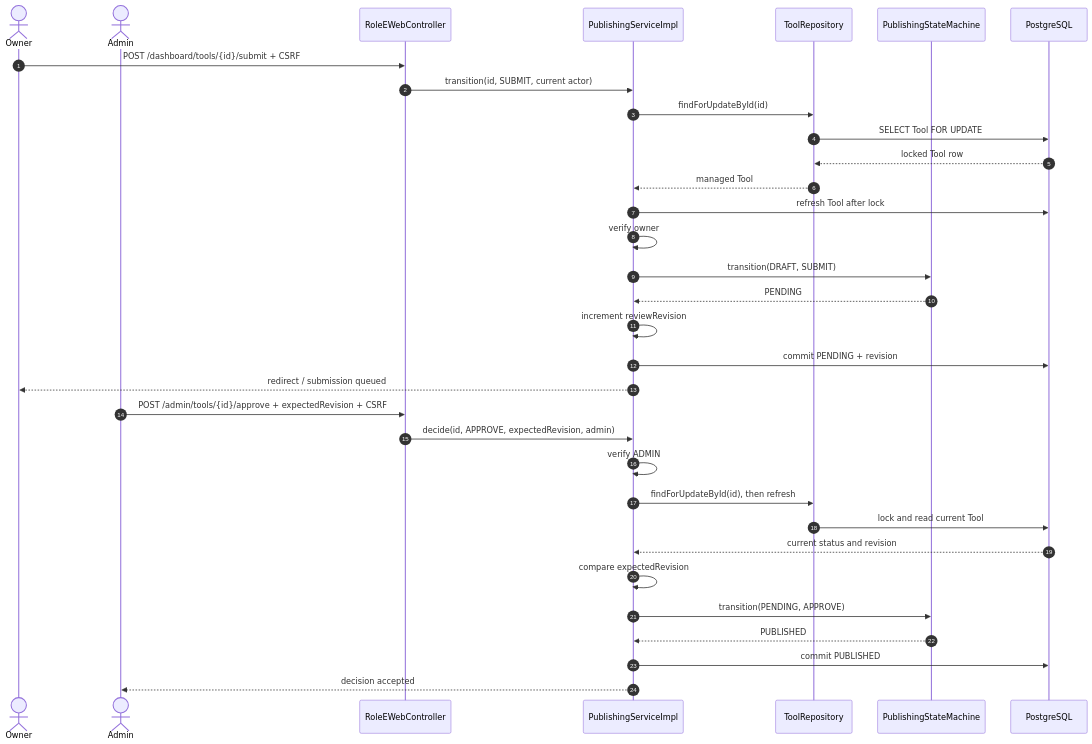
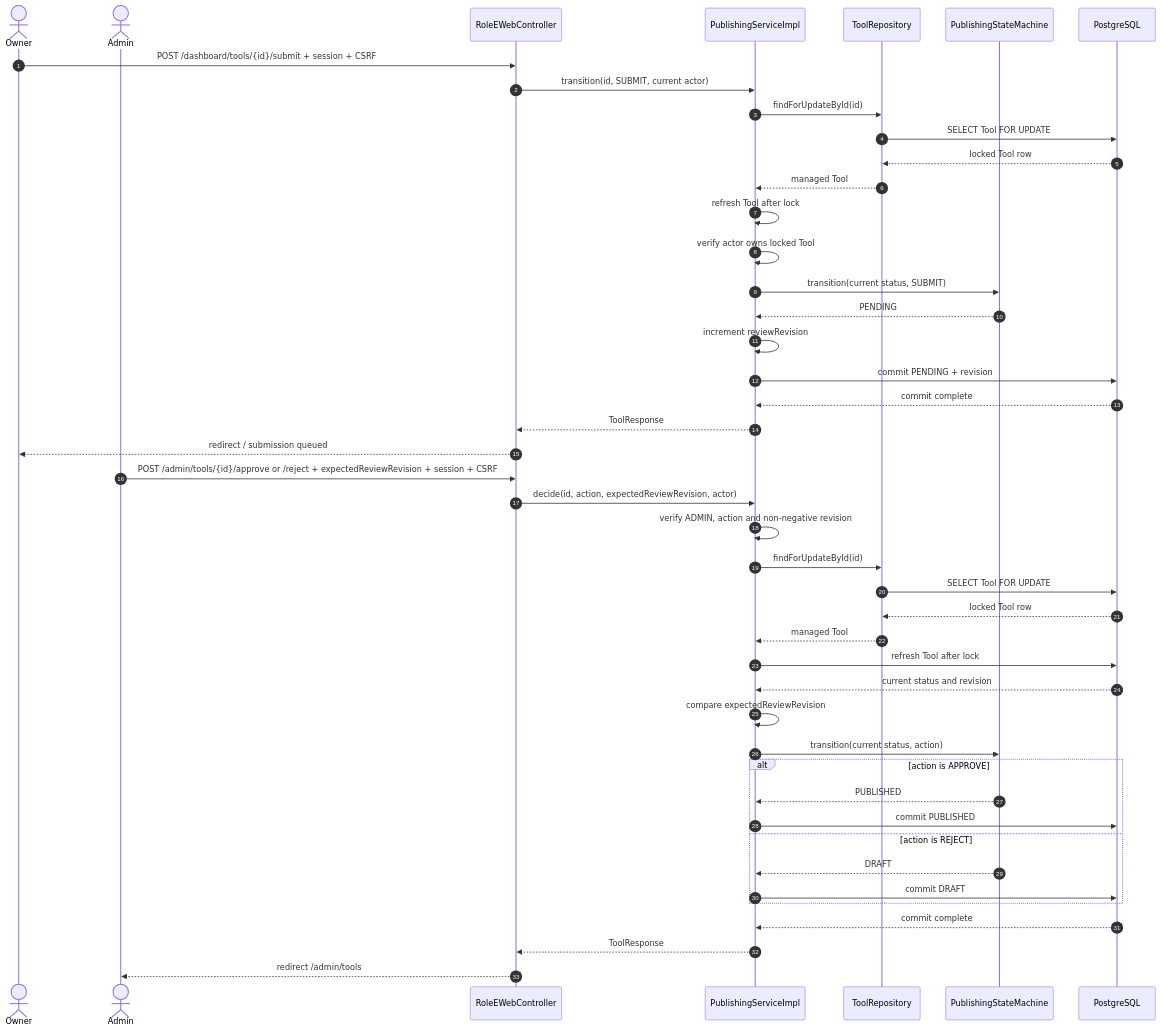
One commit to aarktik/PrimeSkill changed the tenth of 16 diagrams in doc/diagrams/design-patterns.md. Above: the diagram before and after it, drawn with Mermaid. The commit also changed other lines of this file, not shown here.

Commit message:
แก้ Activity Diagram, เงื่อนไข UC-06 และ Class Diagram

````diff
--- a/doc/diagrams/design-patterns.md
+++ b/doc/diagrams/design-patterns.md
@@ -278,37 +450,49 @@
 ```mermaid
 sequenceDiagram
     autonumber
     actor Owner
     actor Admin
     participant Web as RoleEWebController
     participant Service as PublishingServiceImpl
     participant Repo as ToolRepository
     participant State as PublishingStateMachine
     participant DB as PostgreSQL
 
-    Owner->>Web: POST /dashboard/tools/{id}/submit + CSRF
+    Owner->>Web: POST /dashboard/tools/{id}/submit + session + CSRF
     Web->>Service: transition(id, SUBMIT, current actor)
     Service->>Repo: findForUpdateById(id)
     Repo->>DB: SELECT Tool FOR UPDATE
     DB-->>Repo: locked Tool row
     Repo-->>Service: managed Tool
-    Service->>DB: refresh Tool after lock
-    Service->>Service: verify owner
-    Service->>State: transition(DRAFT, SUBMIT)
+    Service->>Service: refresh Tool after lock
+    Service->>Service: verify actor owns locked Tool
+    Service->>State: transition(current status, SUBMIT)
     State-->>Service: PENDING
     Service->>Service: increment reviewRevision
     Service->>DB: commit PENDING + revision
-    Service-->>Owner: redirect / submission queued
+    DB-->>Service: commit complete
+    Service-->>Web: ToolResponse
+    Web-->>Owner: redirect / submission queued
 
-    Admin->>Web: POST /admin/tools/{id}/approve + expectedRevision + CSRF
-    Web->>Service: decide(id, APPROVE, expectedRevision, admin)
-    Service->>Service: verify ADMIN
-    Service->>Repo: findForUpdateById(id), then refresh
-    Repo->>DB: lock and read current Tool
+    Admin->>Web: POST /admin/tools/{id}/approve or /reject + expectedReviewRevision + session + CSRF
+    Web->>Service: decide(id, action, expectedReviewRevision, actor)
+    Service->>Service: verify ADMIN, action and non-negative revision
+    Service->>Repo: findForUpdateById(id)
+    Repo->>DB: SELECT Tool FOR UPDATE
+    DB-->>Repo: locked Tool row
+    Repo-->>Service: managed Tool
+    Service->>DB: refresh Tool after lock
     DB-->>Service: current status and revision
-    Service->>Service: compare expectedRevision
-    Service->>State: transition(PENDING, APPROVE)
-    State-->>Service: PUBLISHED
-    Service->>DB: commit PUBLISHED
-    Service-->>Admin: decision accepted
+    Service->>Service: compare expectedReviewRevision
+    Service->>State: transition(current status, action)
+    alt action is APPROVE
+        State-->>Service: PUBLISHED
+        Service->>DB: commit PUBLISHED
+    else action is REJECT
+        State-->>Service: DRAFT
+        Service->>DB: commit DRAFT
+    end
+    DB-->>Service: commit complete
+    Service-->>Web: ToolResponse
+    Web-->>Admin: redirect /admin/tools
 ```
````
